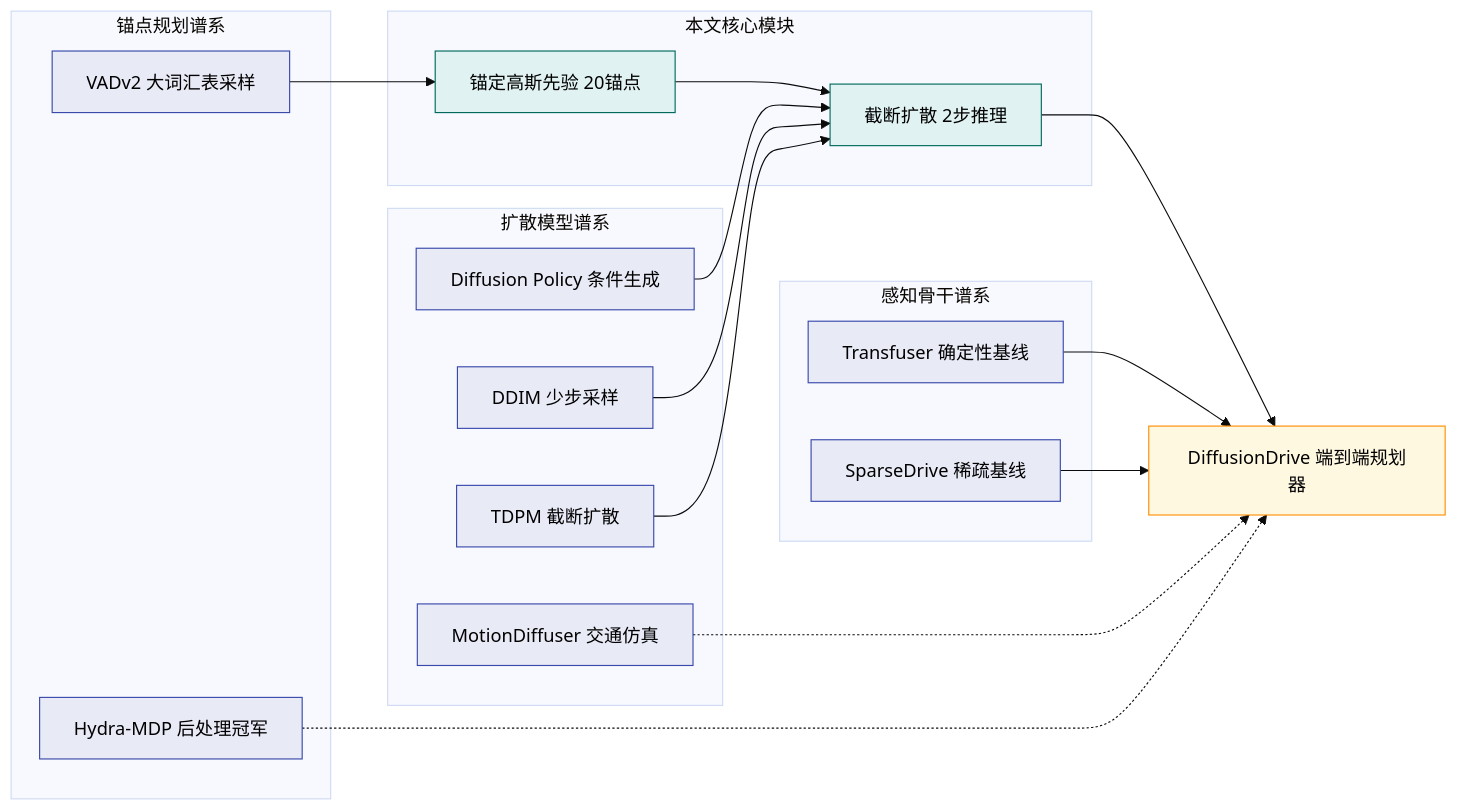
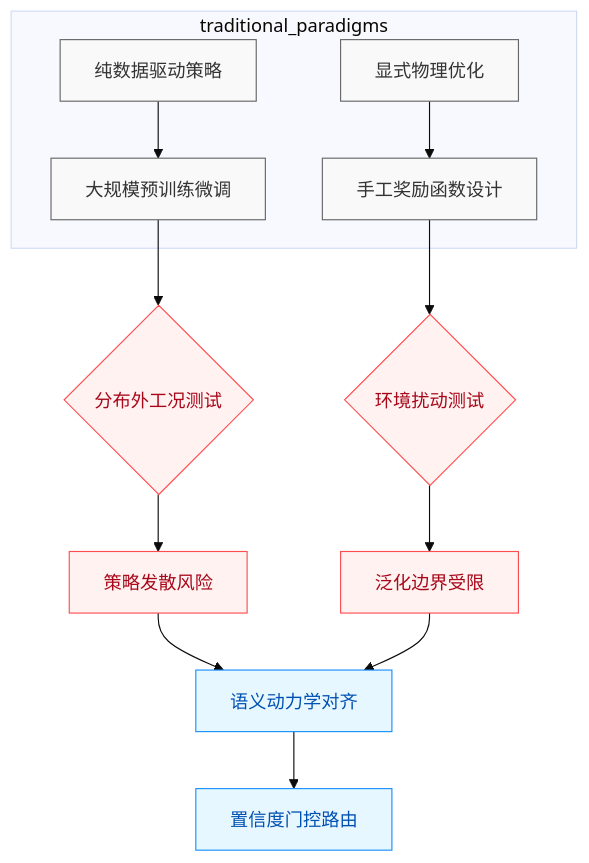
The sixth of 10 diagrams in person_vault/2026-06-08_DiffusionDrive_2411.15139/report.md (ShinewineW/paper-rolling), drawn with Mermaid (base theme) before and after one commit. The commit also changed other lines of this file and 300 other files, not shown here.

````diff
--- a/person_vault/2026-06-08_DiffusionDrive_2411.15139/report.md
+++ b/person_vault/2026-06-08_DiffusionDrive_2411.15139/report.md
@@ -346,41 +283,26 @@
 ```mermaid
-graph LR
-  classDef prior fill:#e8eaf6,stroke:#3949ab,color:#000;
-  classDef component fill:#e0f2f1,stroke:#00695c,color:#000;
-  classDef ours fill:#fff8e1,stroke:#ff8f00,color:#000;
+flowchart TD
+    classDef legacy fill:#f9f9f9,stroke:#666,color:#333;
+    classDef proposed fill:#e6f7ff,stroke:#1890ff,color:#0050b3;
+    classDef gap fill:#fff2f0,stroke:#ff4d4f,color:#a8071a;
 
-  subgraph diffusion_line["扩散模型谱系"]
-    diff_pol["Diffusion Policy 条件生成"]:::prior
-    ddim["DDIM 少步采样"]:::prior
-    tdpm["TDPM 截断扩散"]:::prior
-    motion_diff["MotionDiffuser 交通仿真"]:::prior
-  end
+    subgraph traditional_paradigms
+        data_driven["纯数据驱动策略"]:::legacy
+        explicit_opt["显式物理优化"]:::legacy
+        pretrain_finetune["大规模预训练微调"]:::legacy
+        manual_reward["手工奖励函数设计"]:::legacy
+    end
 
-  subgraph anchor_line["锚点规划谱系"]
-    vadv2["VADv2 大词汇表采样"]:::prior
-    hydra["Hydra-MDP 后处理冠军"]:::prior
-  end
+    data_driven --> pretrain_finetune
+    explicit_opt --> manual_reward
 
-  subgraph backbone_line["感知骨干谱系"]
-    transfuser["Transfuser 确定性基线"]:::prior
-    sparse_drive["SparseDrive 稀疏基线"]:::prior
-  end
+    pretrain_finetune --> ood_test{分布外工况测试}:::gap
+    manual_reward --> env_perturb{环境扰动测试}:::gap
 
-  subgraph our_module["本文核心模块"]
-    anchor_prior["锚定高斯先验 20锚点"]:::component
-    trunc_diff["截断扩散 2步推理"]:::component
-  end
+    ood_test --> policy_diverge["策略发散风险"]:::gap
+    env_perturb --> narrow_generalize["泛化边界受限"]:::gap
 
-  diff_drive["DiffusionDrive 端到端规划器"]:::ours
-
-  diff_pol --> trunc_diff
-  ddim --> trunc_diff
-  tdpm --> trunc_diff
-  motion_diff -.-> diff_drive
-  vadv2 --> anchor_prior
-  hydra -.-> diff_drive
-  transfuser --> diff_drive
-  sparse_drive --> diff_drive
-  anchor_prior --> trunc_diff
-  trunc_diff --> diff_drive
+    policy_diverge --> semantic_align["语义动力学对齐"]:::proposed
+    narrow_generalize --> semantic_align
+    semantic_align --> confidence_gate["置信度门控路由"]:::proposed
 ```
````
